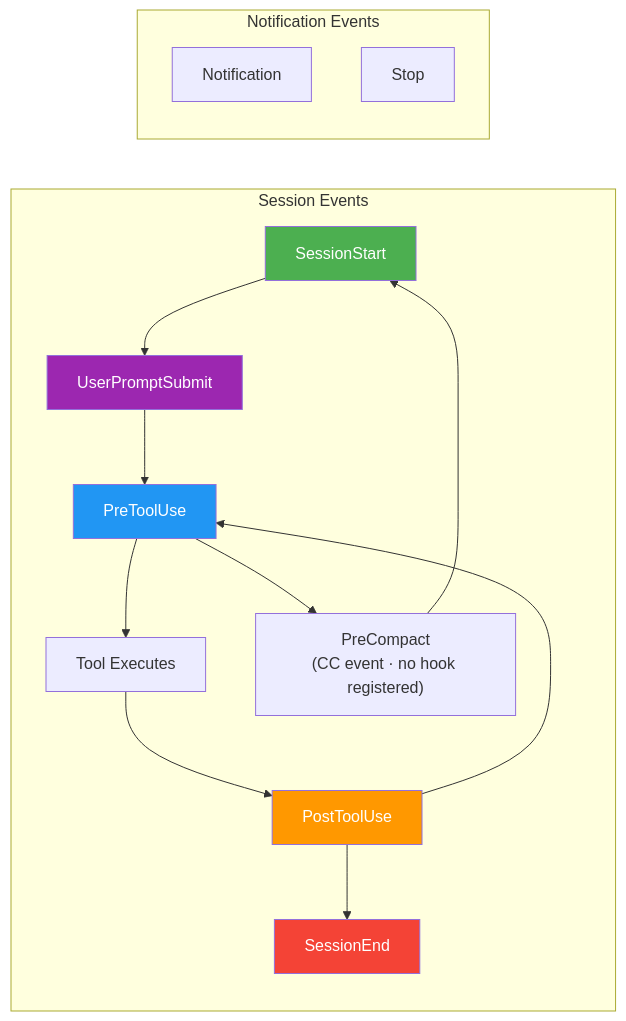
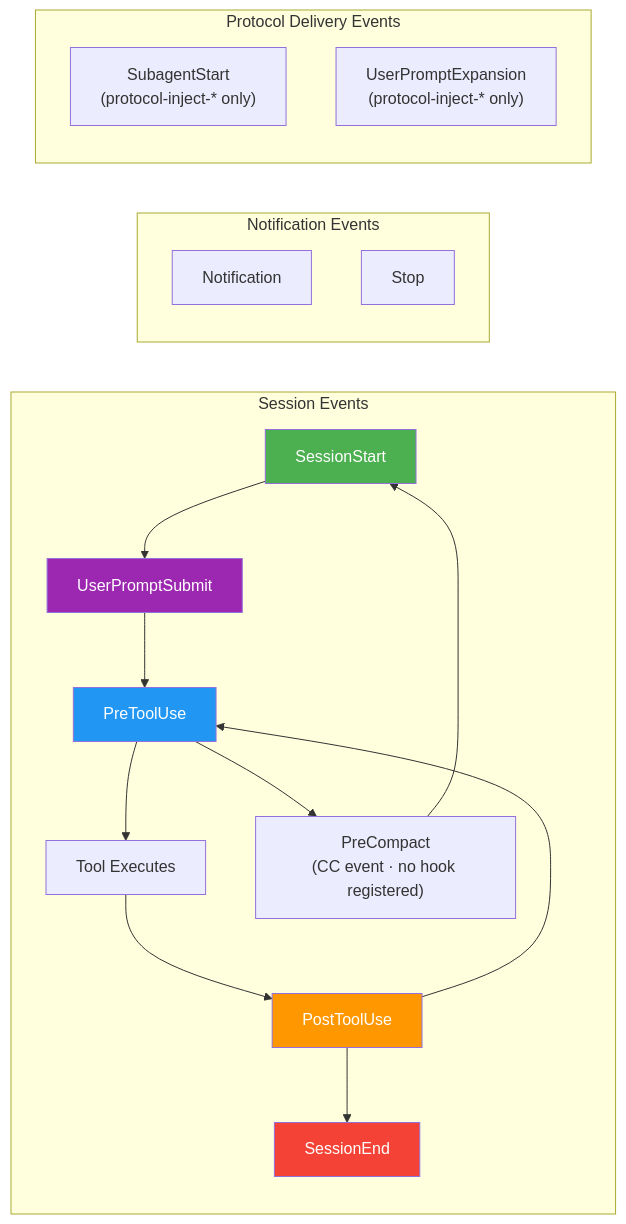
Before and after one commit to duc01226/easy-claude: the third of 20 diagrams in .claude/docs/claude-ai-agent-framework-guide.md, drawn with Mermaid. The commit also changed other lines of this file and 786 other files, not shown here.

````diff
--- a/.claude/docs/claude-ai-agent-framework-guide.md
+++ b/.claude/docs/claude-ai-agent-framework-guide.md
@@ -259,28 +259,34 @@
 ```mermaid
 graph LR
     subgraph "Session Events"
         SS[SessionStart] --> UPS[UserPromptSubmit]
         UPS --> PTU[PreToolUse]
         PTU --> TOOL[Tool Executes]
         TOOL --> POTU[PostToolUse]
         POTU --> PTU
         PTU --> PC["PreCompact<br/>(CC event · no hook registered)"]
         PC --> SS
         POTU --> SE[SessionEnd]
     end
 
     subgraph "Notification Events"
         N[Notification]
         STOP[Stop]
     end
 
-    %% No SubagentStart hook — sub-agent context is static in agents/*.md
+    subgraph "Protocol Delivery Events"
+        SAS["SubagentStart<br/>(protocol-inject-* only)"]
+        UPE["UserPromptExpansion<br/>(protocol-inject-* only)"]
+    end
+
+    %% SubagentStart and UserPromptExpansion carry ONLY the six protocol-inject-<group>.cjs
+    %% handlers (full protocol texts); standing sub-agent context stays static in agents/*.md
     %% PreCompact is an available Claude Code event but this framework registers NO PreCompact
     %% hook — compaction recovery is static re-anchoring (re-read CLAUDE.md / SKILL.md, TaskList).
 
     style SS fill:#4CAF50,color:white
     style SE fill:#f44336,color:white
     style PTU fill:#2196F3,color:white
     style POTU fill:#FF9800,color:white
     style UPS fill:#9C27B0,color:white
 ```
````
